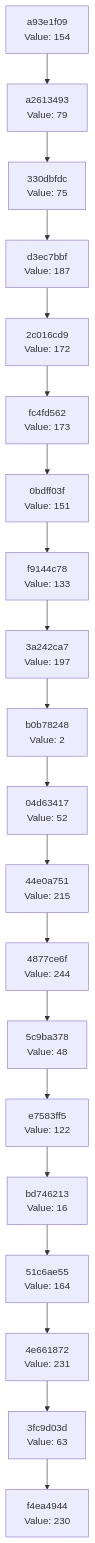
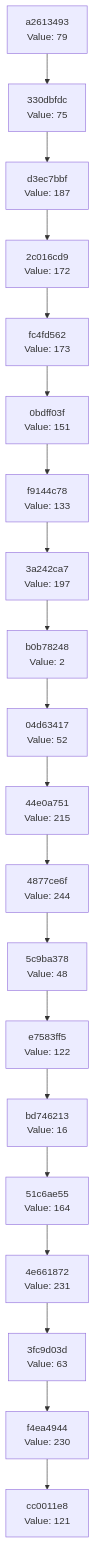
Before and after one commit to Abhisheksinha1506/hash-chain-evolver: the diagram in docs/CHAIN_VISUALIZATION.md, drawn with Mermaid. The commit also changed 2 other files, not shown here.

Commit message:
Evolution step: hash 0x79 → action executed

````diff
--- a/docs/CHAIN_VISUALIZATION.md
+++ b/docs/CHAIN_VISUALIZATION.md
@@ -3,42 +3,42 @@
 ```mermaid
 graph TD
-    C0["f4ea4944<br/>Value: 230"]
-    C1["3fc9d03d<br/>Value: 63"]
+    C0["cc0011e8<br/>Value: 121"]
+    C1["f4ea4944<br/>Value: 230"]
     C1 --> C0
-    C2["4e661872<br/>Value: 231"]
+    C2["3fc9d03d<br/>Value: 63"]
     C2 --> C1
-    C3["51c6ae55<br/>Value: 164"]
+    C3["4e661872<br/>Value: 231"]
     C3 --> C2
-    C4["bd746213<br/>Value: 16"]
+    C4["51c6ae55<br/>Value: 164"]
     C4 --> C3
-    C5["e7583ff5<br/>Value: 122"]
+    C5["bd746213<br/>Value: 16"]
     C5 --> C4
-    C6["5c9ba378<br/>Value: 48"]
+    C6["e7583ff5<br/>Value: 122"]
     C6 --> C5
-    C7["4877ce6f<br/>Value: 244"]
+    C7["5c9ba378<br/>Value: 48"]
     C7 --> C6
-    C8["44e0a751<br/>Value: 215"]
+    C8["4877ce6f<br/>Value: 244"]
     C8 --> C7
-    C9["04d63417<br/>Value: 52"]
+    C9["44e0a751<br/>Value: 215"]
     C9 --> C8
-    C10["b0b78248<br/>Value: 2"]
+    C10["04d63417<br/>Value: 52"]
     C10 --> C9
-    C11["3a242ca7<br/>Value: 197"]
+    C11["b0b78248<br/>Value: 2"]
     C11 --> C10
-    C12["f9144c78<br/>Value: 133"]
+    C12["3a242ca7<br/>Value: 197"]
     C12 --> C11
-    C13["0bdff03f<br/>Value: 151"]
+    C13["f9144c78<br/>Value: 133"]
     C13 --> C12
-    C14["fc4fd562<br/>Value: 173"]
+    C14["0bdff03f<br/>Value: 151"]
     C14 --> C13
-    C15["2c016cd9<br/>Value: 172"]
+    C15["fc4fd562<br/>Value: 173"]
     C15 --> C14
-    C16["d3ec7bbf<br/>Value: 187"]
+    C16["2c016cd9<br/>Value: 172"]
     C16 --> C15
-    C17["330dbfdc<br/>Value: 75"]
+    C17["d3ec7bbf<br/>Value: 187"]
     C17 --> C16
-    C18["a2613493<br/>Value: 79"]
+    C18["330dbfdc<br/>Value: 75"]
     C18 --> C17
-    C19["a93e1f09<br/>Value: 154"]
+    C19["a2613493<br/>Value: 79"]
     C19 --> C18
 ```
````
